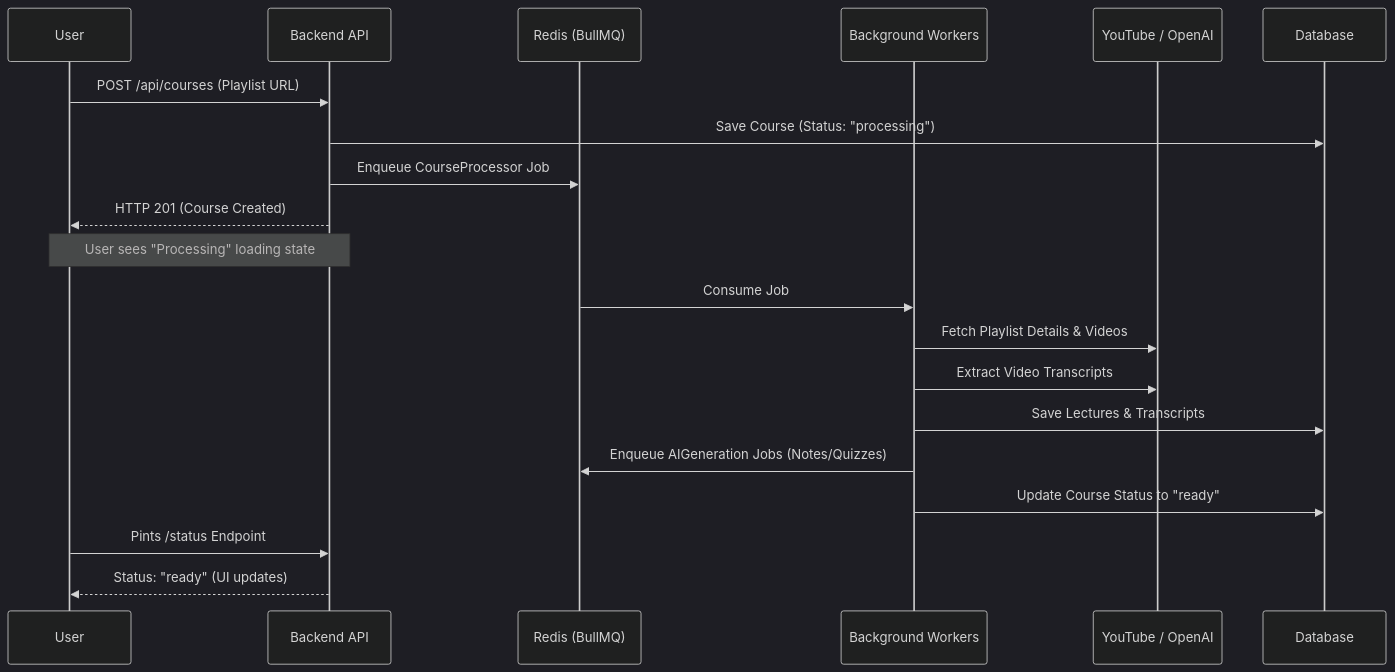
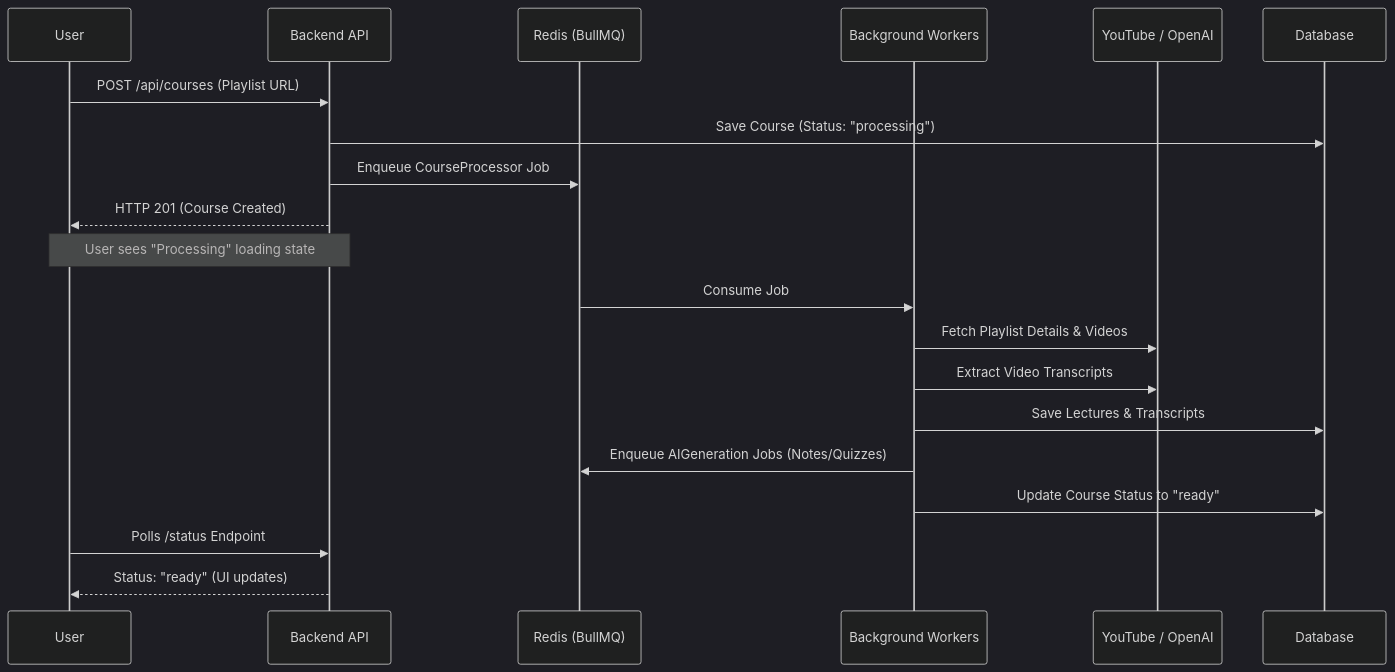
The second of 2 diagrams in README.md (parthpatidar03/QuestXP), drawn with Mermaid (dark theme) before and after one commit.

Commit message:
Change 'Pints' to 'Polls' in README.md

````diff
--- a/README.md
+++ b/README.md
@@ -87,26 +87,26 @@
 ```mermaid
 sequenceDiagram
     participant User
     participant API as Backend API
     participant Queue as Redis (BullMQ)
     participant Worker as Background Workers
     participant External as YouTube / OpenAI
 
     User->>API: POST /api/courses (Playlist URL)
     API->>Database: Save Course (Status: "processing")
     API->>Queue: Enqueue CourseProcessor Job
     API-->>User: HTTP 201 (Course Created)
     
     Note over User,API: User sees "Processing" loading state
     
     Queue->>Worker: Consume Job
     Worker->>External: Fetch Playlist Details & Videos
     Worker->>External: Extract Video Transcripts
     Worker->>Database: Save Lectures & Transcripts
     Worker->>Queue: Enqueue AIGeneration Jobs (Notes/Quizzes)
     
     Worker->>Database: Update Course Status to "ready"
     
-    User->>API: Pints /status Endpoint
+    User->>API: Polls /status Endpoint
     API-->>User: Status: "ready" (UI updates)
 ```
````
